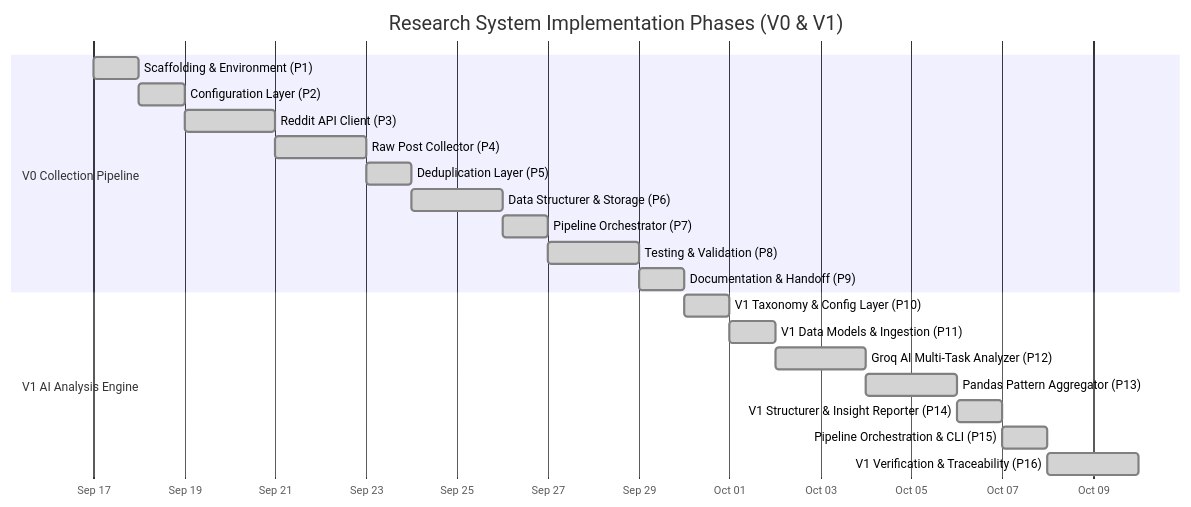
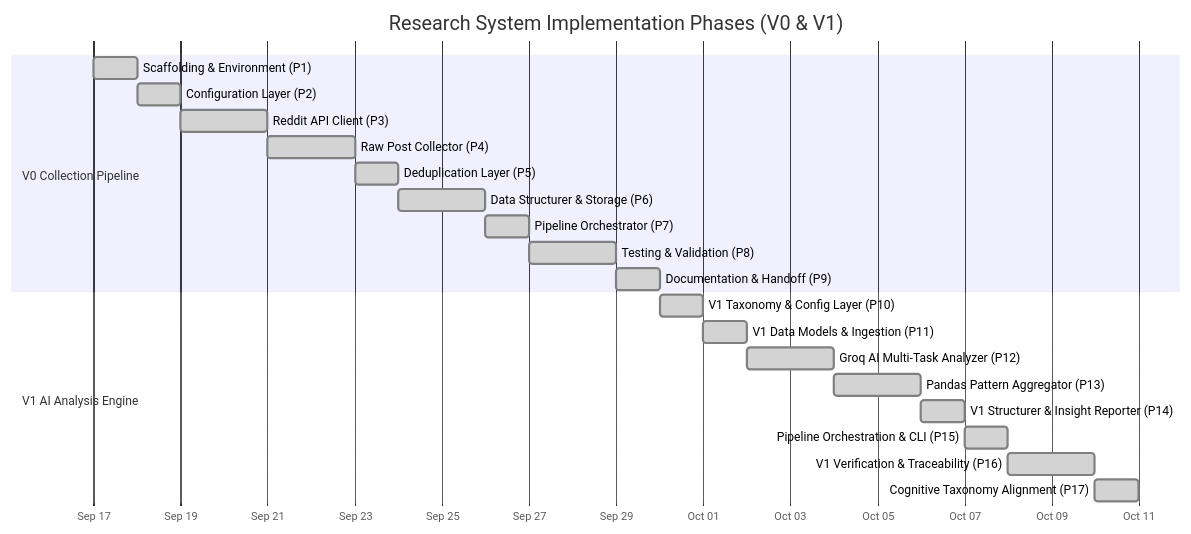
Before and after one commit to Sambit712/googlep-datacollector: the first of 3 diagrams in Docs/implementation.md, drawn with Mermaid. The commit also changed other lines of this file and 15 other files, not shown here.

````diff
--- a/Docs/implementation.md
+++ b/Docs/implementation.md
@@ -12,26 +13,27 @@
 ```mermaid
 gantt
     title Research System Implementation Phases (V0 & V1)
     dateFormat  YYYY-MM-DD
     axisFormat  %b %d
 
     section V0 Collection Pipeline
     Scaffolding & Environment (P1)          :done, p1, 2026-09-17, 1d
     Configuration Layer (P2)                 :done, p2, after p1, 1d
     Reddit API Client (P3)                   :done, p3, after p2, 2d
     Raw Post Collector (P4)                  :done, p4, after p3, 2d
     Deduplication Layer (P5)                 :done, p5, after p4, 1d
     Data Structurer & Storage (P6)           :done, p6, after p5, 2d
     Pipeline Orchestrator (P7)               :done, p7, after p6, 1d
     Testing & Validation (P8)                :done, p8, after p7, 2d
     Documentation & Handoff (P9)             :done, p9, after p8, 1d
 
     section V1 AI Analysis Engine
     V1 Taxonomy & Config Layer (P10)         :done, p10, after p9, 1d
     V1 Data Models & Ingestion (P11)         :done, p11, after p10, 1d
     Groq AI Multi-Task Analyzer (P12)        :done, p12, after p11, 2d
     Pandas Pattern Aggregator (P13)          :done, p13, after p12, 2d
     V1 Structurer & Insight Reporter (P14)   :done, p14, after p13, 1d
     Pipeline Orchestration & CLI (P15)       :done, p15, after p14, 1d
     V1 Verification & Traceability (P16)     :done, p16, after p15, 2d
+    Cognitive Taxonomy Alignment (P17)       :done, p17, after p16, 1d
 ```
````
